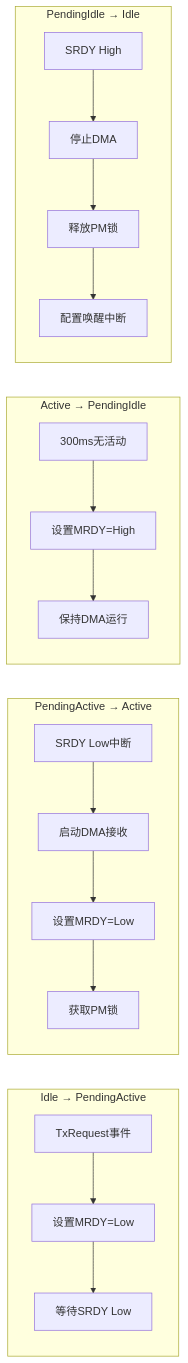
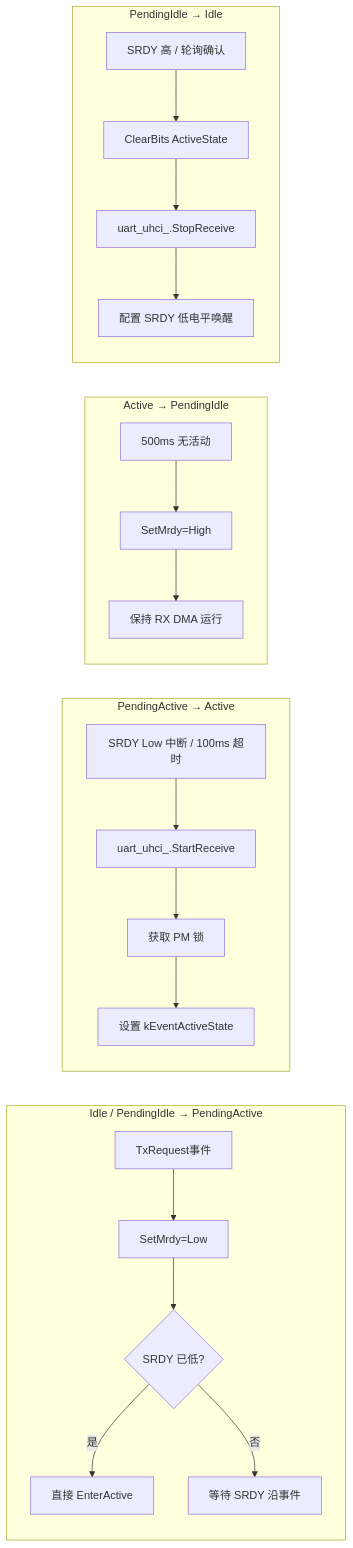
One commit to 78/uart-eth-modem changed the third of 22 diagrams in WORKING_PRINCIPLE.md. Above: the diagram before and after it, drawn with Mermaid. The commit also changed other lines of this file and 2 other files, not shown here.

````diff
--- a/WORKING_PRINCIPLE.md
+++ b/WORKING_PRINCIPLE.md
@@ -113,24 +140,26 @@
 ```mermaid
 graph LR
-    subgraph "Idle → PendingActive"
-        A1[TxRequest事件] --> A2[设置MRDY=Low]
-        A2 --> A3[等待SRDY Low]
+    subgraph "Idle / PendingIdle → PendingActive"
+        A1[TxRequest事件] --> A2[SetMrdy=Low]
+        A2 --> A3{SRDY 已低?}
+        A3 -->|是| A4[直接 EnterActive]
+        A3 -->|否| A5[等待 SRDY 沿事件]
     end
-    
+
     subgraph "PendingActive → Active"
-        B1[SRDY Low中断] --> B2[启动DMA接收]
-        B2 --> B3[设置MRDY=Low]
-        B3 --> B4[获取PM锁]
+        B1[SRDY Low 中断 / 100ms 超时] --> B2[uart_uhci_.StartReceive]
+        B2 --> B3[获取 PM 锁]
+        B3 --> B4[设置 kEventActiveState]
     end
-    
+
     subgraph "Active → PendingIdle"
-        C1[300ms无活动] --> C2[设置MRDY=High]
-        C2 --> C3[保持DMA运行]
+        C1[500ms 无活动] --> C2[SetMrdy=High]
+        C2 --> C3[保持 RX DMA 运行]
     end
-    
+
     subgraph "PendingIdle → Idle"
-        D1[SRDY High] --> D2[停止DMA]
-        D2 --> D3[释放PM锁]
-        D3 --> D4[配置唤醒中断]
+        D1[SRDY 高 / 轮询确认] --> D2[ClearBits ActiveState]
+        D2 --> D3[uart_uhci_.StopReceive]
+        D3 --> D4[配置 SRDY 低电平唤醒]
     end
 ```
````
